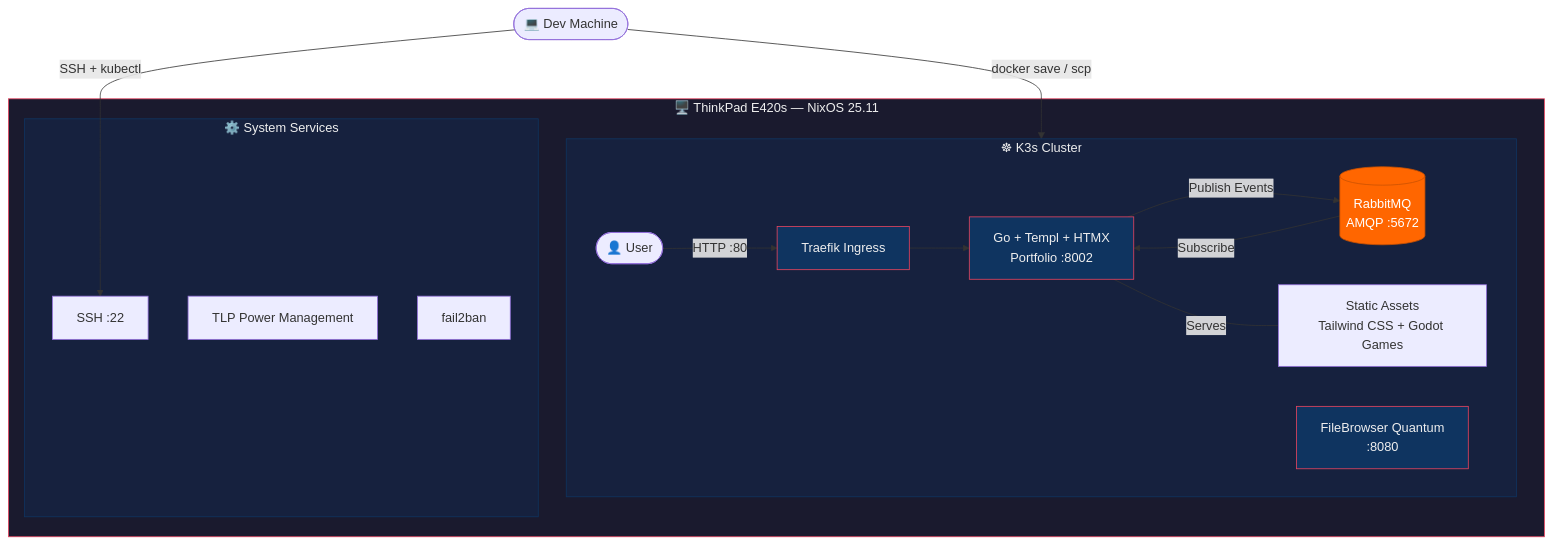
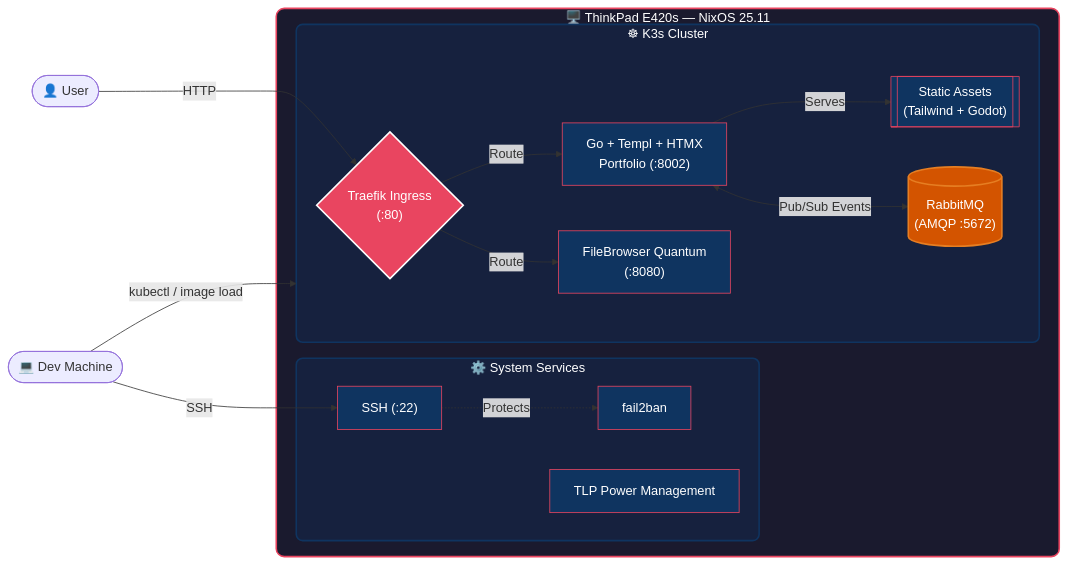
Before and after one commit to erlint1212/portfolio-website: the diagram in README.md, drawn with Mermaid.

Commit message:
Mermaid update README

````diff
--- a/README.md
+++ b/README.md
@@ -13,28 +13,54 @@
 ```mermaid
-graph TD
+graph LR
+    %% External Actors
+    User([👤 User])
+    Dev([💻 Dev Machine])
+
     subgraph ThinkPad["🖥️ ThinkPad E420s — NixOS 25.11"]
+        
+        subgraph System["⚙️ System Services"]
+            SSH["SSH (:22)"]
+            Fail2Ban["fail2ban"]
+            TLP["TLP Power Management"]
+        end
+
         subgraph K3s["☸ K3s Cluster"]
-            User([👤 User]) -->|HTTP :80| Ingress[Traefik Ingress]
-            Ingress --> Portfolio[Go + Templ + HTMX\nPortfolio :8002]
-            Portfolio -->|Publish Events| RabbitMQ[(RabbitMQ\nAMQP :5672)]
-            RabbitMQ -->|Subscribe| Portfolio
-            Portfolio ---|Serves| Static[Static Assets\nTailwind CSS + Godot Games]
-            FileBrowser[FileBrowser Quantum\n:8080]
-        end
-        subgraph System["⚙️ System Services"]
-            SSH[SSH :22]
-            TLP[TLP Power Management]
-            Fail2Ban[fail2ban]
+            Ingress{"Traefik Ingress\n(:80)"}
+            
+            Portfolio["Go + Templ + HTMX\nPortfolio (:8002)"]
+            FileBrowser["FileBrowser Quantum\n(:8080)"]
+            Static[["Static Assets\n(Tailwind + Godot)"]]
+            RabbitMQ[("RabbitMQ\n(AMQP :5672)")]
         end
     end
-    Dev([💻 Dev Machine]) -->|SSH + kubectl| SSH
-    Dev -->|docker save / scp| K3s
 
-    style ThinkPad fill:#1a1a2e,stroke:#e94560,color:#eee
-    style K3s fill:#16213e,stroke:#0f3460,color:#eee
-    style System fill:#16213e,stroke:#0f3460,color:#eee
-    style Portfolio fill:#0f3460,stroke:#e94560,color:#eee
-    style RabbitMQ fill:#ff6600,stroke:#cc5200,color:#fff
-    style FileBrowser fill:#0f3460,stroke:#e94560,color:#eee
-    style Ingress fill:#0f3460,stroke:#e94560,color:#eee
+    %% External Traffic
+    User -->|HTTP| Ingress
+    
+    %% Internal Routing
+    Ingress -->|Route| Portfolio
+    Ingress -->|Route| FileBrowser
+    
+    %% App Dependencies
+    Portfolio -->|Serves| Static
+    Portfolio <-->|Pub/Sub Events| RabbitMQ
+
+    %% Dev & Admin Operations
+    Dev -->|SSH| SSH
+    Dev -->|kubectl / image load| K3s
+    SSH -.->|Protects| Fail2Ban
+
+    %% Styling Definitions
+    classDef host fill:#1a1a2e,stroke:#e94560,stroke-width:2px,color:#fff,rx:10,ry:10;
+    classDef env fill:#16213e,stroke:#0f3460,stroke-width:2px,color:#fff,rx:8,ry:8;
+    classDef app fill:#0f3460,stroke:#e94560,stroke-width:1px,color:#fff;
+    classDef gateway fill:#e94560,stroke:#fff,stroke-width:2px,color:#fff;
+    classDef queue fill:#d35400,stroke:#e67e22,stroke-width:2px,color:#fff;
+
+    %% Apply Styles
+    class ThinkPad host;
+    class K3s,System env;
+    class Portfolio,FileBrowser,Static,SSH,Fail2Ban,TLP app;
+    class Ingress gateway;
+    class RabbitMQ queue;
 ```
````
